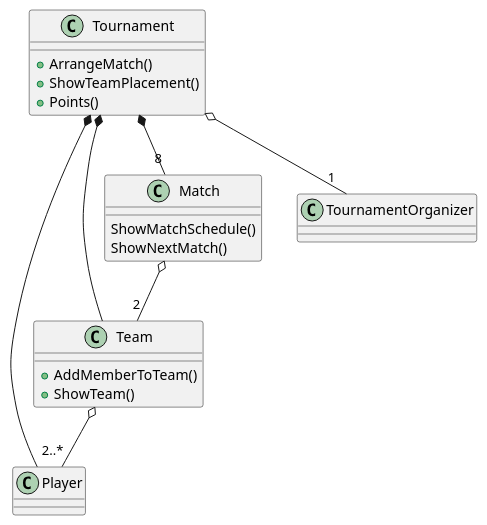
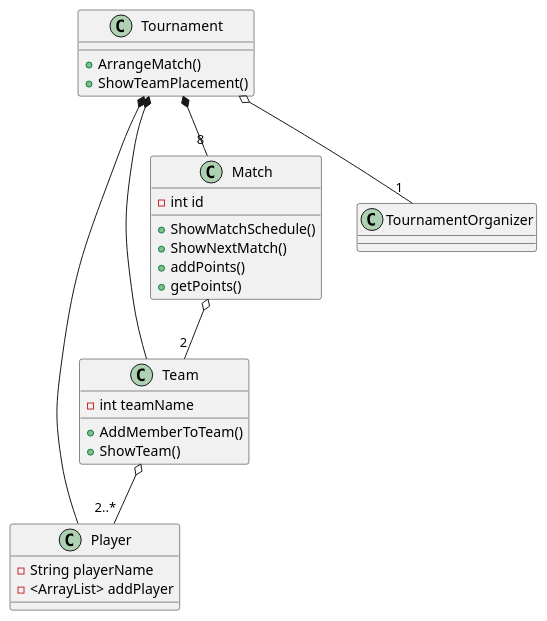
The diagram in doc/Class.puml (DeRp-DaWg/SP3), drawn with PlantUML before and after one commit.

```diff
--- a/doc/Class.puml
+++ b/doc/Class.puml
@@ -1,34 +1,39 @@
 @startuml
 'https://plantuml.com/class-diagram
 
 
 class Player {
+-String playerName
+-<ArrayList> addPlayer
 }
 
 class Team {
+-int teamName
 +AddMemberToTeam()
 +ShowTeam()
 }
 
 class Match {
-ShowMatchSchedule()
-ShowNextMatch()
+-int id
++ShowMatchSchedule()
++ShowNextMatch()
++addPoints()
++getPoints()
 }
 
 class Tournament {
 +ArrangeMatch()
 +ShowTeamPlacement()
-+Points()
 }
 
 class TournamentOrganizer {
 }
 
 Tournament o-- "1" TournamentOrganizer
 Tournament *-- "8" Match
 Tournament *-- Player
 Tournament *-- Team
 Match o-- "2" Team
 Team o-- "2..*" Player
 
 @enduml
```
